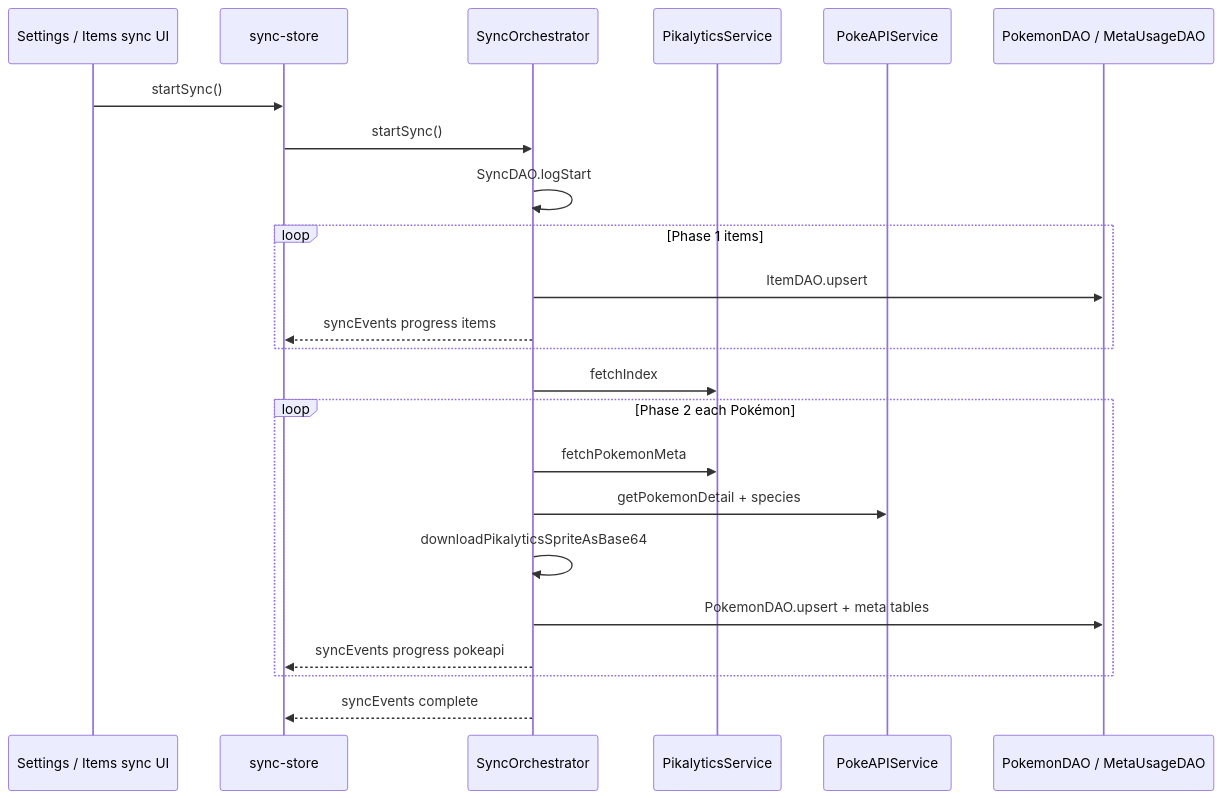
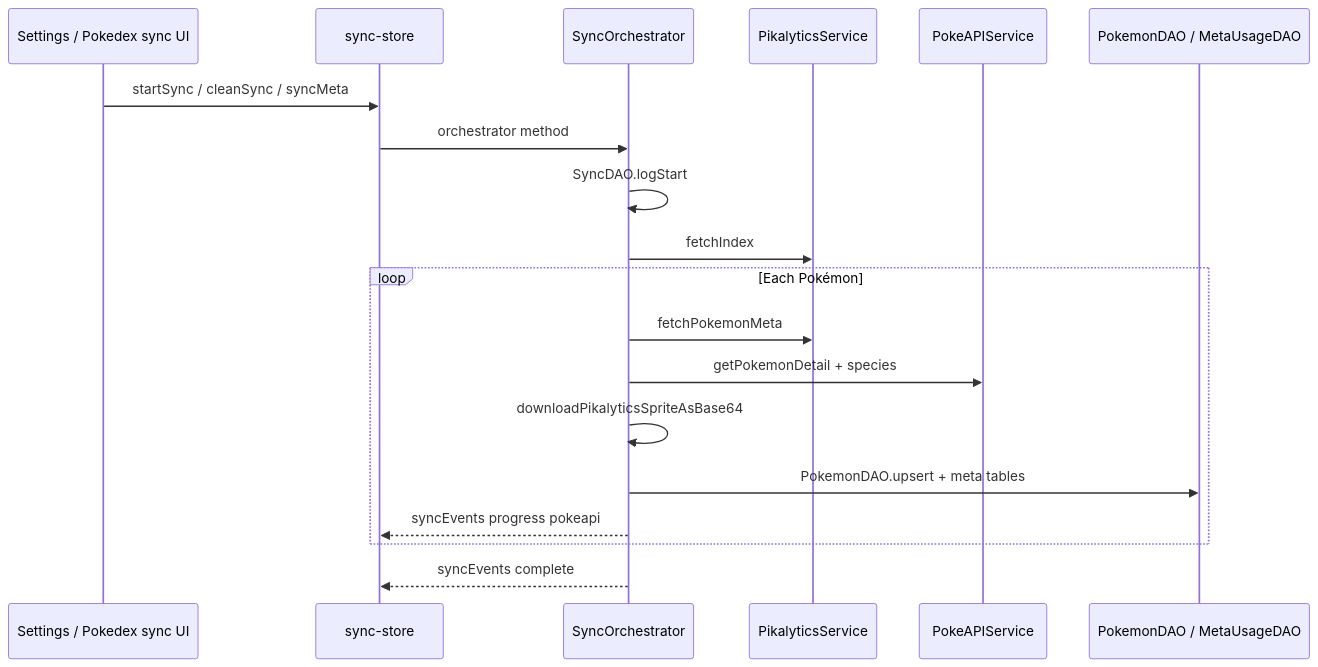
The second of 2 diagrams in docs/architecture/data-flow.md (danielyepez13/pokemon-champions-app), drawn with Mermaid before and after one commit. The commit also changed other lines of this file and 39 other files, not shown here.

````diff
--- a/docs/architecture/data-flow.md
+++ b/docs/architecture/data-flow.md
@@ -23,25 +23,21 @@
 ```mermaid
 sequenceDiagram
-  participant UI as Settings / Items sync UI
+  participant UI as Settings / Pokedex sync UI
   participant Store as sync-store
   participant Orch as SyncOrchestrator
   participant Pika as PikalyticsService
   participant API as PokeAPIService
   participant DAO as PokemonDAO / MetaUsageDAO
-  UI->>Store: startSync()
-  Store->>Orch: startSync()
+  UI->>Store: startSync / cleanSync / syncMeta
+  Store->>Orch: orchestrator method
   Orch->>Orch: SyncDAO.logStart
-  loop Phase 1 items
-    Orch->>DAO: ItemDAO.upsert
-    Orch-->>Store: syncEvents progress items
-  end
   Orch->>Pika: fetchIndex
-  loop Phase 2 each Pokémon
+  loop Each Pokémon
     Orch->>Pika: fetchPokemonMeta
     Orch->>API: getPokemonDetail + species
     Orch->>Orch: downloadPikalyticsSpriteAsBase64
     Orch->>DAO: PokemonDAO.upsert + meta tables
     Orch-->>Store: syncEvents progress pokeapi
   end
   Orch-->>Store: syncEvents complete
 ```
````
